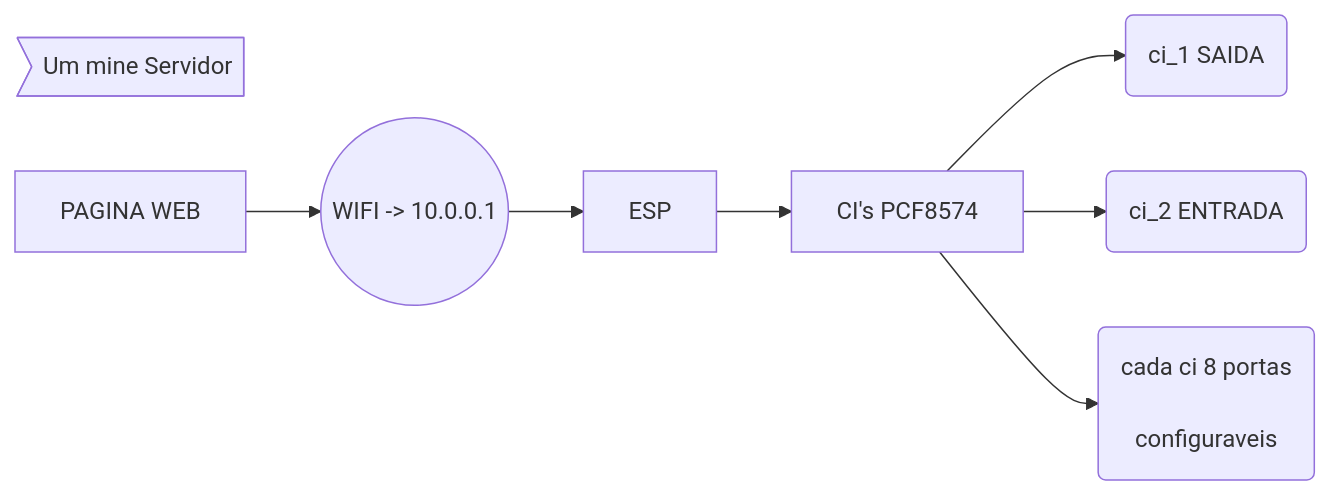
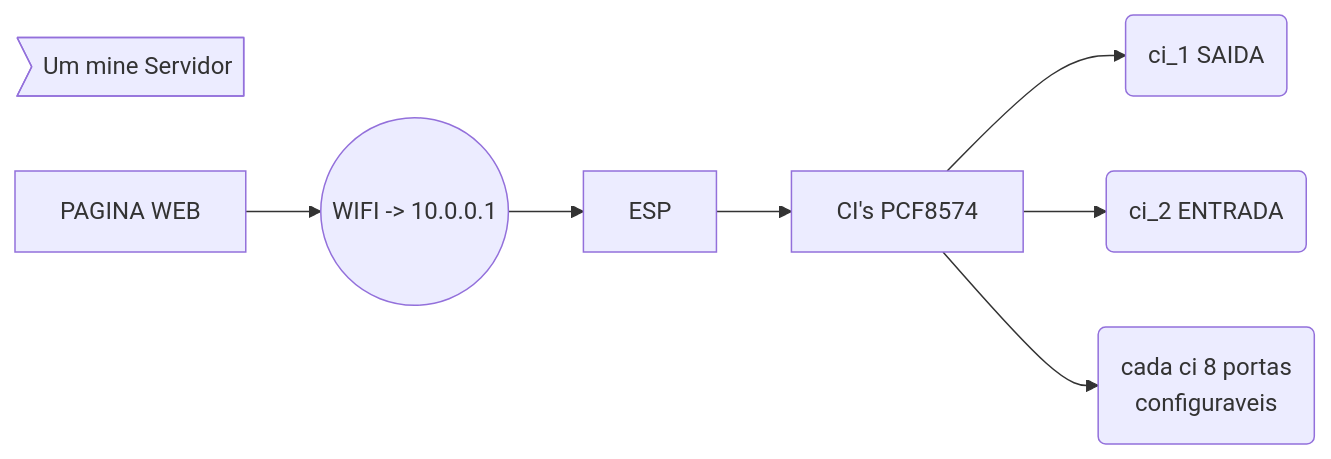
Before and after one commit to Condiolov/AppCasa: the third of 4 diagrams in README.md, drawn with Mermaid.

````diff
--- a/README.md
+++ b/README.md
@@ -42,11 +42,10 @@
 ```mermaid
 graph LR
 NOTA>Um mine Servidor]
 A[PAGINA WEB] --> B((WIFI -> 10.0.0.1))
 B --> D[ESP]
 D --> E[CI's PCF8574]
-E-->I(ci_1 SAIDA)
-E-->F(ci_2 ENTRADA)
-E-->H(cada ci 8 portas<br/>
-configuraveis)
+E-->F(ci_1 SAIDA)
+E-->G(ci_2 ENTRADA)
+E-->H(cada ci 8 portas<br/> configuraveis)
 ```
````
